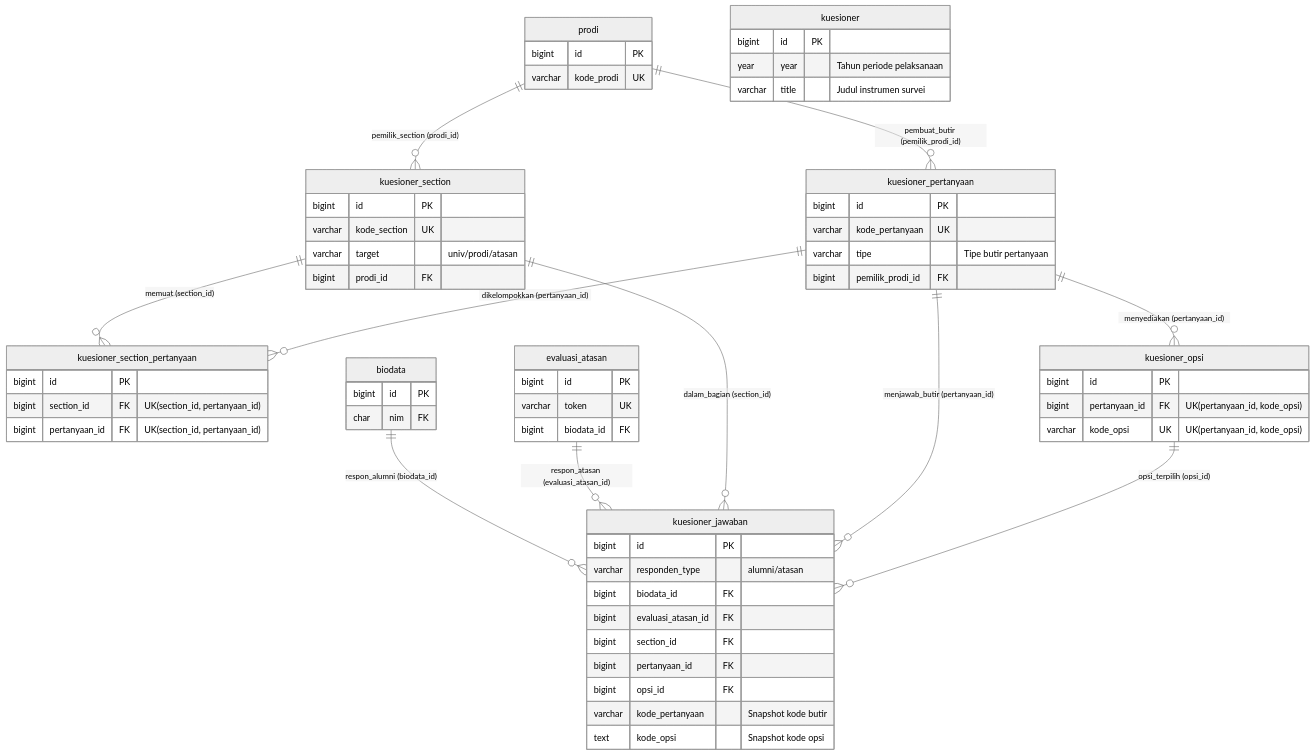
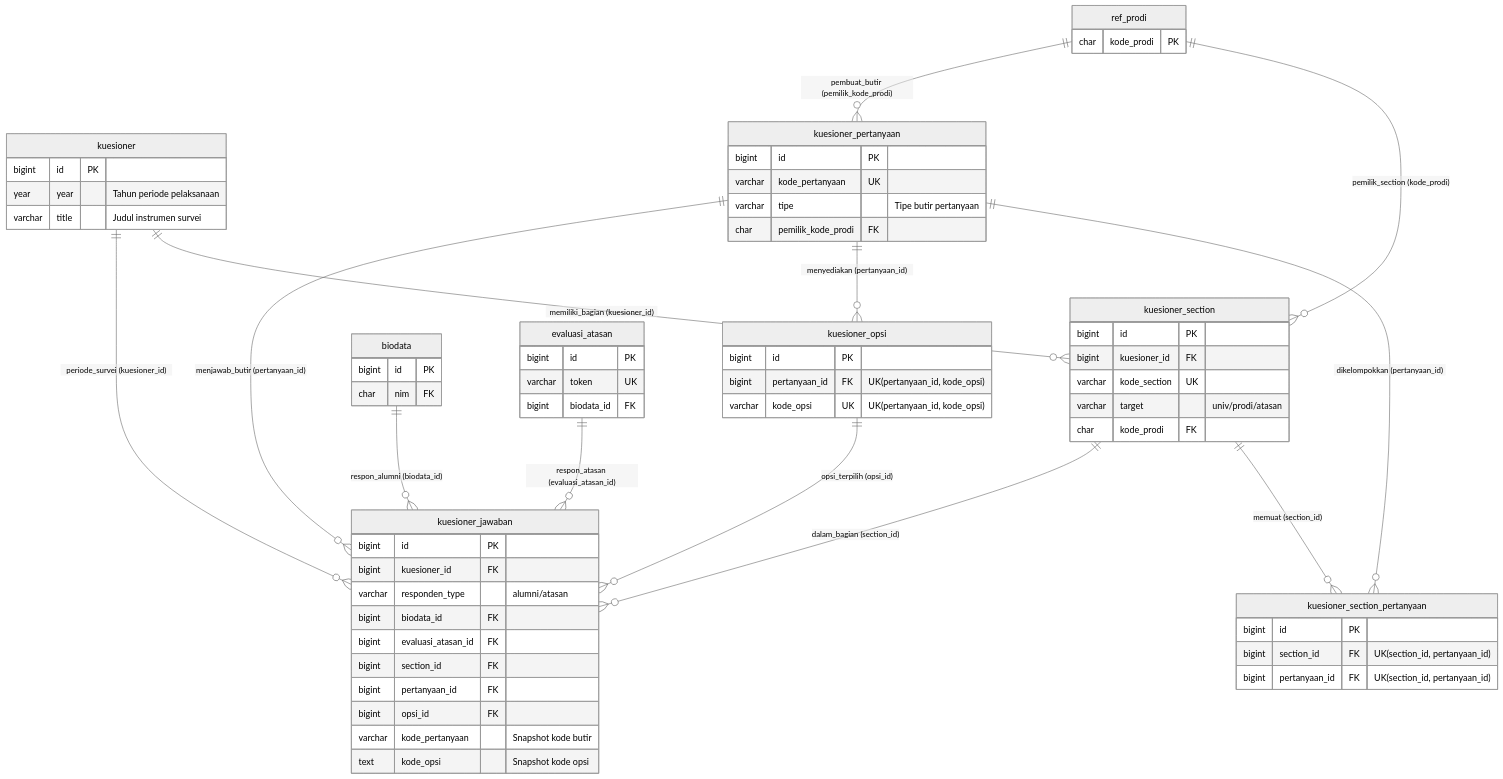
The fifth of 10 diagrams in ERD.md (claraanjelitakd/tugas-akhir), drawn with Mermaid (neutral theme) before and after one commit. The commit also changed other lines of this file and 161 other files, not shown here.

````diff
--- a/ERD.md
+++ b/ERD.md
@@ -306,73 +301,76 @@
 ```mermaid
 erDiagram
-    prodi ||--o{ kuesioner_section : "pemilik_section (prodi_id)"
-    prodi ||--o{ kuesioner_pertanyaan : "pembuat_butir (pemilik_prodi_id)"
+    kuesioner ||--o{ kuesioner_section : "memiliki_bagian (kuesioner_id)"
+    kuesioner ||--o{ kuesioner_jawaban : "periode_survei (kuesioner_id)"
+    ref_prodi ||--o{ kuesioner_section : "pemilik_section (kode_prodi)"
+    ref_prodi ||--o{ kuesioner_pertanyaan : "pembuat_butir (pemilik_kode_prodi)"
     kuesioner_section ||--o{ kuesioner_section_pertanyaan : "memuat (section_id)"
     kuesioner_pertanyaan ||--o{ kuesioner_section_pertanyaan : "dikelompokkan (pertanyaan_id)"
     kuesioner_pertanyaan ||--o{ kuesioner_opsi : "menyediakan (pertanyaan_id)"
     biodata ||--o{ kuesioner_jawaban : "respon_alumni (biodata_id)"
     evaluasi_atasan ||--o{ kuesioner_jawaban : "respon_atasan (evaluasi_atasan_id)"
     kuesioner_section ||--o{ kuesioner_jawaban : "dalam_bagian (section_id)"
     kuesioner_pertanyaan ||--o{ kuesioner_jawaban : "menjawab_butir (pertanyaan_id)"
     kuesioner_opsi ||--o{ kuesioner_jawaban : "opsi_terpilih (opsi_id)"
 
     kuesioner {
         bigint id PK
         year year "Tahun periode pelaksanaan"
         varchar title "Judul instrumen survei"
     }
 
-    prodi {
-        bigint id PK
-        varchar kode_prodi UK
+    ref_prodi {
+        char kode_prodi PK
     }
 
     biodata {
         bigint id PK
         char nim FK
     }
 
     evaluasi_atasan {
         bigint id PK
         varchar token UK
         bigint biodata_id FK
     }
 
     kuesioner_section {
         bigint id PK
+        bigint kuesioner_id FK
         varchar kode_section UK
         varchar target "univ/prodi/atasan"
-        bigint prodi_id FK
+        char kode_prodi FK
     }
 
     kuesioner_pertanyaan {
         bigint id PK
         varchar kode_pertanyaan UK
         varchar tipe "Tipe butir pertanyaan"
-        bigint pemilik_prodi_id FK
+        char pemilik_kode_prodi FK
     }
 
     kuesioner_section_pertanyaan {
         bigint id PK
         bigint section_id FK "UK(section_id, pertanyaan_id)"
         bigint pertanyaan_id FK "UK(section_id, pertanyaan_id)"
     }
 
     kuesioner_opsi {
         bigint id PK
         bigint pertanyaan_id FK "UK(pertanyaan_id, kode_opsi)"
         varchar kode_opsi UK "UK(pertanyaan_id, kode_opsi)"
     }
 
     kuesioner_jawaban {
         bigint id PK
+        bigint kuesioner_id FK
         varchar responden_type "alumni/atasan"
         bigint biodata_id FK
         bigint evaluasi_atasan_id FK
         bigint section_id FK
         bigint pertanyaan_id FK
         bigint opsi_id FK
         varchar kode_pertanyaan "Snapshot kode butir"
         text kode_opsi "Snapshot kode opsi"
     }
 ```
````
